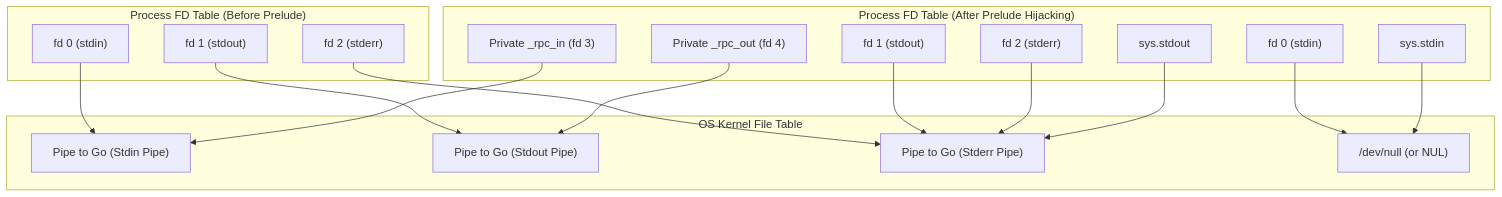
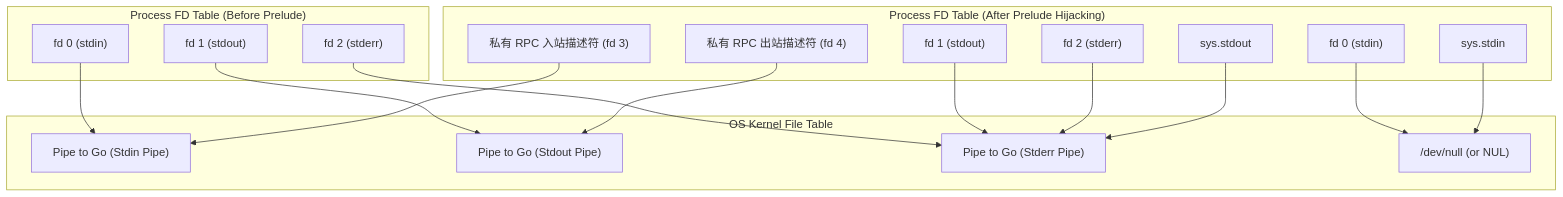
One commit to LitaoG/AI-workflow-competition changed the second of 3 diagrams in docs/research/ANTIGRAVITY-RUN-WORKFLOW-WHITEPAPER.md. Above: the diagram before and after it, drawn with Mermaid. The commit also changed other lines of this file and 39 other files, not shown here.

````diff
--- a/docs/research/ANTIGRAVITY-RUN-WORKFLOW-WHITEPAPER.md
+++ b/docs/research/ANTIGRAVITY-RUN-WORKFLOW-WHITEPAPER.md
@@ -114,25 +114,25 @@
 ```mermaid
 graph TD
     subgraph "OS Kernel File Table"
         PipeIn["Pipe to Go (Stdin Pipe)"]
         PipeOut["Pipe to Go (Stdout Pipe)"]
         StderrPipe["Pipe to Go (Stderr Pipe)"]
         DevNull["/dev/null (or NUL)"]
     end
 
     subgraph "Process FD Table (Before Prelude)"
         FD0_old["fd 0 (stdin)"] --> PipeIn
         FD1_old["fd 1 (stdout)"] --> PipeOut
         FD2_old["fd 2 (stderr)"] --> StderrPipe
     end
 
     subgraph "Process FD Table (After Prelude Hijacking)"
-        PrivIn["Private _rpc_in (fd 3)"] --> PipeIn
-        PrivOut["Private _rpc_out (fd 4)"] --> PipeOut
+        PrivIn["私有 RPC 入站描述符 (fd 3)"] --> PipeIn
+        PrivOut["私有 RPC 出站描述符 (fd 4)"] --> PipeOut
         FD0_new["fd 0 (stdin)"] --> DevNull
         FD1_new["fd 1 (stdout)"] --> StderrPipe
         FD2_new["fd 2 (stderr)"] --> StderrPipe
         PyStdout["sys.stdout"] --> StderrPipe
         PyStdin["sys.stdin"] --> DevNull
     end
 ```
````
